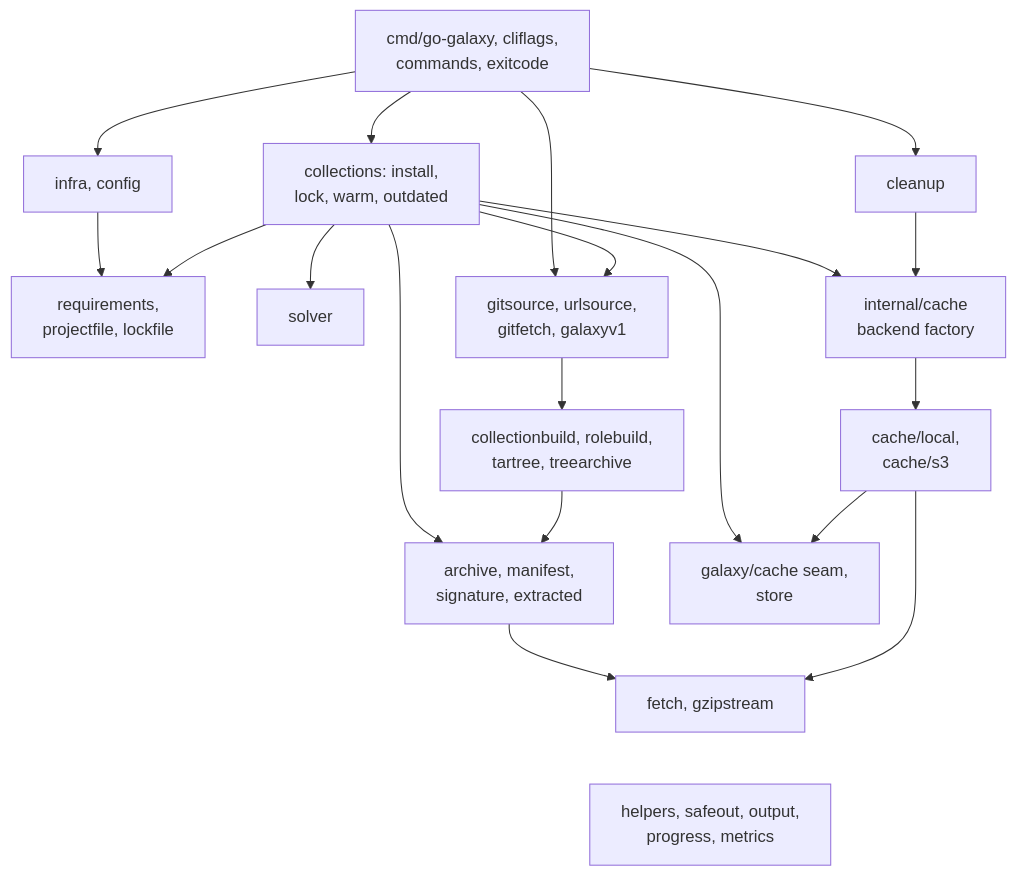
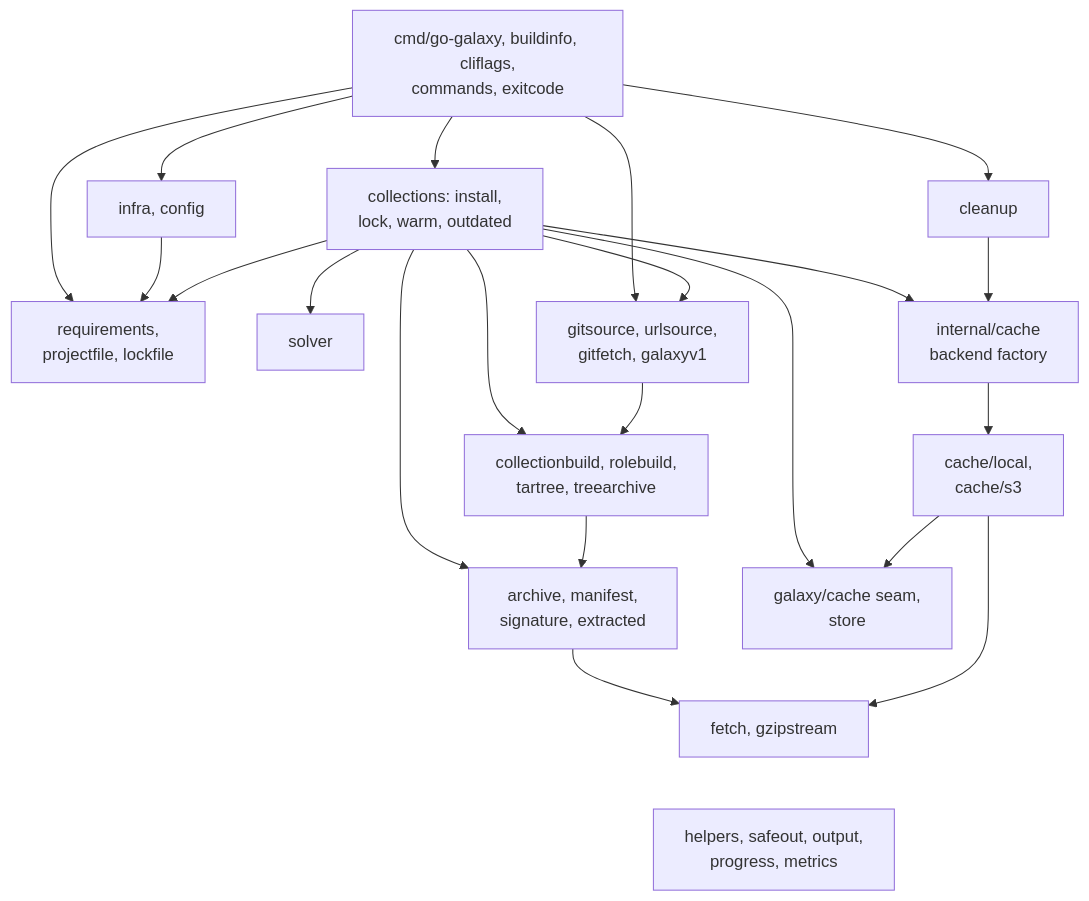
Before and after one commit to greeddj/go-galaxy: the first of 2 diagrams in docs/internals/index.md, drawn with Mermaid. The commit also changed other lines of this file and 36 other files, not shown here.

````diff
--- a/docs/internals/index.md
+++ b/docs/internals/index.md
@@ -9,36 +9,38 @@
 ```mermaid
 flowchart TD
-  CMD["cmd/go-galaxy, cliflags,<br/>commands, exitcode"]
+  CMD["cmd/go-galaxy, buildinfo, cliflags,<br/>commands, exitcode"]
   INFRA["infra, config"]
   COLL["collections: install,<br/>lock, warm, outdated"]
   CLEAN["cleanup"]
   INPUT["requirements,<br/>projectfile, lockfile"]
   SOLV["solver"]
   SRC["gitsource, urlsource,<br/>gitfetch, galaxyv1"]
   FACT["internal/cache<br/>backend factory"]
   BUILD["collectionbuild, rolebuild,<br/>tartree, treearchive"]
   VERIFY["archive, manifest,<br/>signature, extracted"]
   IMPL["cache/local,<br/>cache/s3"]
   SEAM["galaxy/cache seam,<br/>store"]
   IO["fetch, gzipstream"]
   LEAF["helpers, safeout, output,<br/>progress, metrics"]
   CMD --> INFRA
   CMD --> COLL
+  CMD --> INPUT
   CMD --> SRC
   CMD --> CLEAN
   INFRA --> INPUT
   COLL --> INPUT
   COLL --> SOLV
   COLL --> SRC
+  COLL --> BUILD
   COLL --> VERIFY
   COLL --> FACT
   COLL --> SEAM
   CLEAN --> FACT
   SRC --> BUILD
   BUILD --> VERIFY
   FACT --> IMPL
   VERIFY --> IO
   IMPL --> SEAM
   IMPL --> IO
   IO ~~~ LEAF
 ```
````
